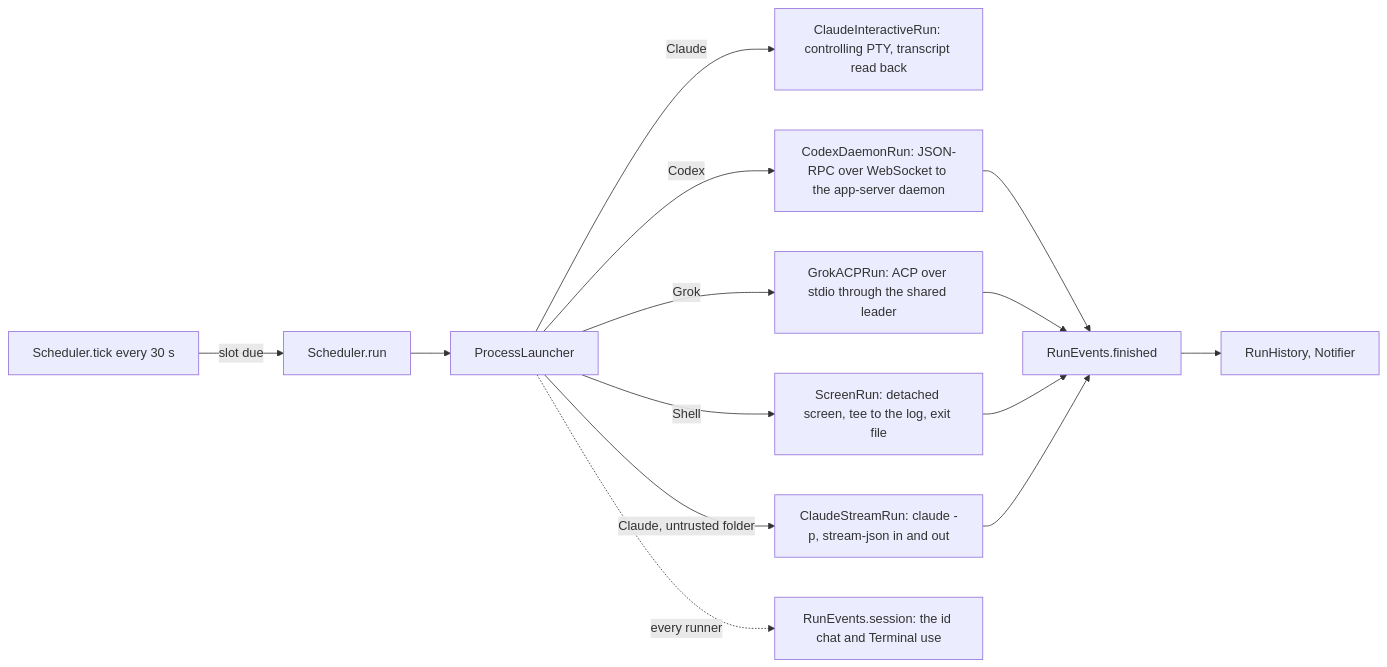
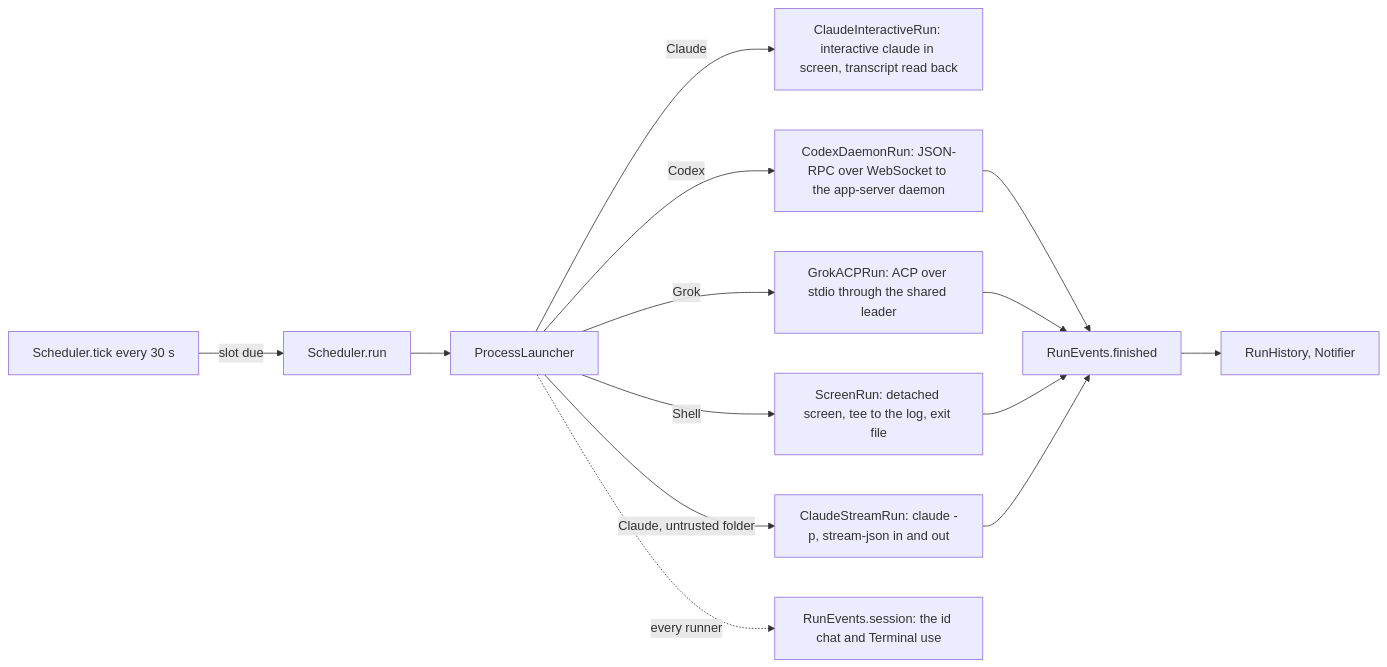
Before and after one commit to wiltodelta/rota: the diagram in docs/architecture.md, drawn with Mermaid. The commit also changed other lines of this file and 96 other files, not shown here.

````diff
--- a/docs/architecture.md
+++ b/docs/architecture.md
@@ -3,16 +3,16 @@
 ```mermaid
 flowchart LR
     Tick[Scheduler.tick every 30 s] -->|slot due| Run[Scheduler.run]
     Run --> Launcher[ProcessLauncher]
-    Launcher -->|Claude| ClaudeTUI[ClaudeInteractiveRun: controlling PTY, transcript read back]
+    Launcher -->|Claude| ClaudeTUI[ClaudeInteractiveRun: interactive claude in screen, transcript read back]
     Launcher -->|Claude, untrusted folder| ClaudeRun[ClaudeStreamRun: claude -p, stream-json in and out]
     Launcher -->|Codex| CodexRun[CodexDaemonRun: JSON-RPC over WebSocket to the app-server daemon]
     Launcher -->|Grok| GrokRun[GrokACPRun: ACP over stdio through the shared leader]
     Launcher -->|Shell| ScreenRun[ScreenRun: detached screen, tee to the log, exit file]
     CodexRun --> Finish[RunEvents.finished]
     GrokRun --> Finish
     ScreenRun --> Finish
     ClaudeRun --> Finish
     Launcher -.->|every runner| Session[RunEvents.session: the id chat and Terminal use]
     Finish --> History[RunHistory, Notifier]
 ```
````
